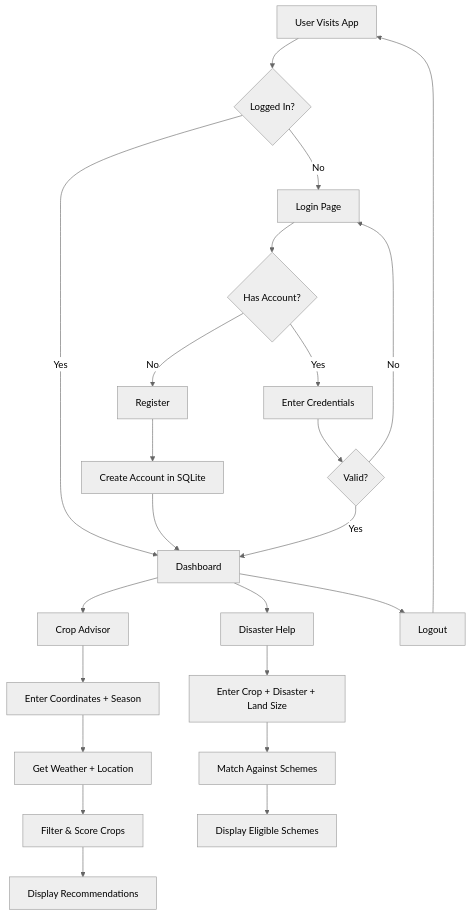
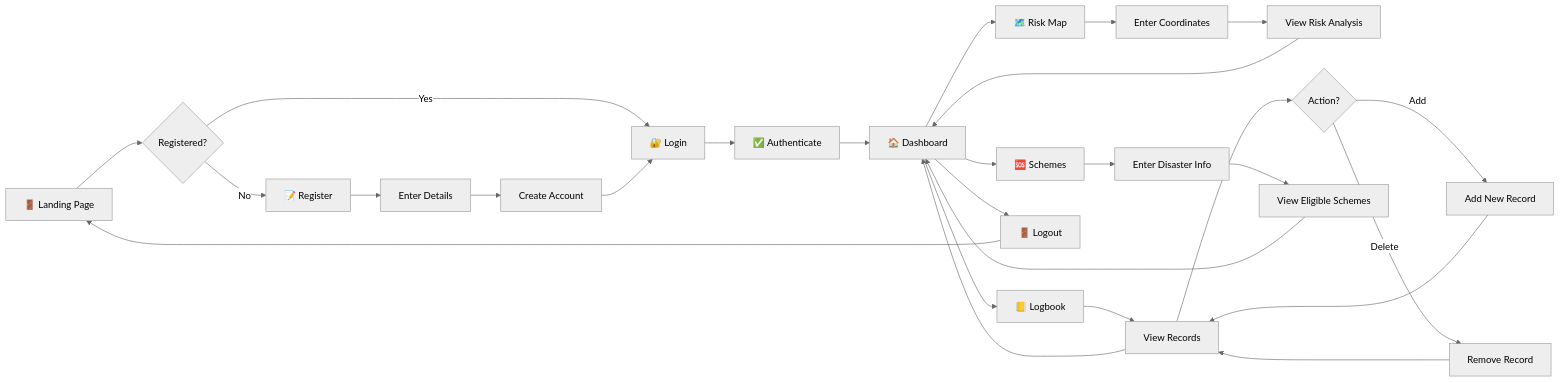
Before and after one commit to dharanishvijayakumar7-lgtm/cropPilot: the second of 6 diagrams in README.md, drawn with Mermaid (neutral theme). The commit also changed other lines of this file and 1 other file, not shown here.

````diff
--- a/README.md
+++ b/README.md
@@ -237,31 +344,37 @@
 ```mermaid
-flowchart TD
-    A[User Visits App] --> B{Logged In?}
-    B -->|No| C[Login Page]
-    B -->|Yes| D[Dashboard]
+flowchart LR
+    A[🚪 Landing Page] --> B{Registered?}
     
-    C --> E{Has Account?}
-    E -->|No| F[Register]
-    E -->|Yes| G[Enter Credentials]
+    B -->|No| C[📝 Register]
+    B -->|Yes| D[🔐 Login]
     
-    F --> H[Create Account in SQLite]
-    H --> D
-    G --> I{Valid?}
-    I -->|Yes| D
-    I -->|No| C
+    C --> E[Enter Details]
+    E --> F[Create Account]
+    F --> D
     
-    D --> J[Crop Advisor]
-    D --> K[Disaster Help]
-    D --> L[Logout]
+    D --> G[✅ Authenticate]
+    G --> H[🏠 Dashboard]
     
-    J --> M[Enter Coordinates + Season]
-    M --> N[Get Weather + Location]
-    N --> O[Filter & Score Crops]
-    O --> P[Display Recommendations]
+    H --> I[🗺️ Risk Map]
+    H --> J[📒 Logbook]
+    H --> K[🆘 Schemes]
     
-    K --> Q[Enter Crop + Disaster + Land Size]
-    Q --> R[Match Against Schemes]
-    R --> S[Display Eligible Schemes]
+    I --> L[Enter Coordinates]
+    L --> M[View Risk Analysis]
+    M --> H
     
-    L --> A
+    J --> N[View Records]
+    N --> O{Action?}
+    O -->|Add| P[Add New Record]
+    O -->|Delete| Q[Remove Record]
+    P --> N
+    Q --> N
+    N --> H
+    
+    K --> R[Enter Disaster Info]
+    R --> S[View Eligible Schemes]
+    S --> H
+    
+    H --> T[🚪 Logout]
+    T --> A
 ```
````
